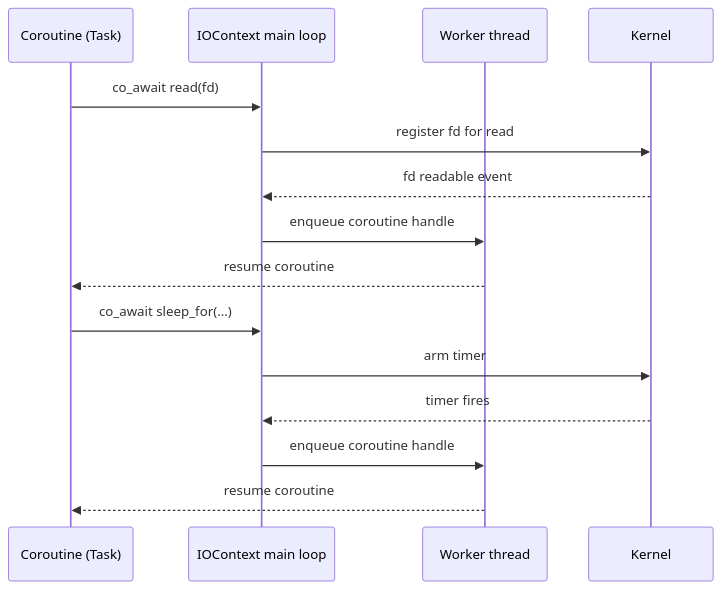
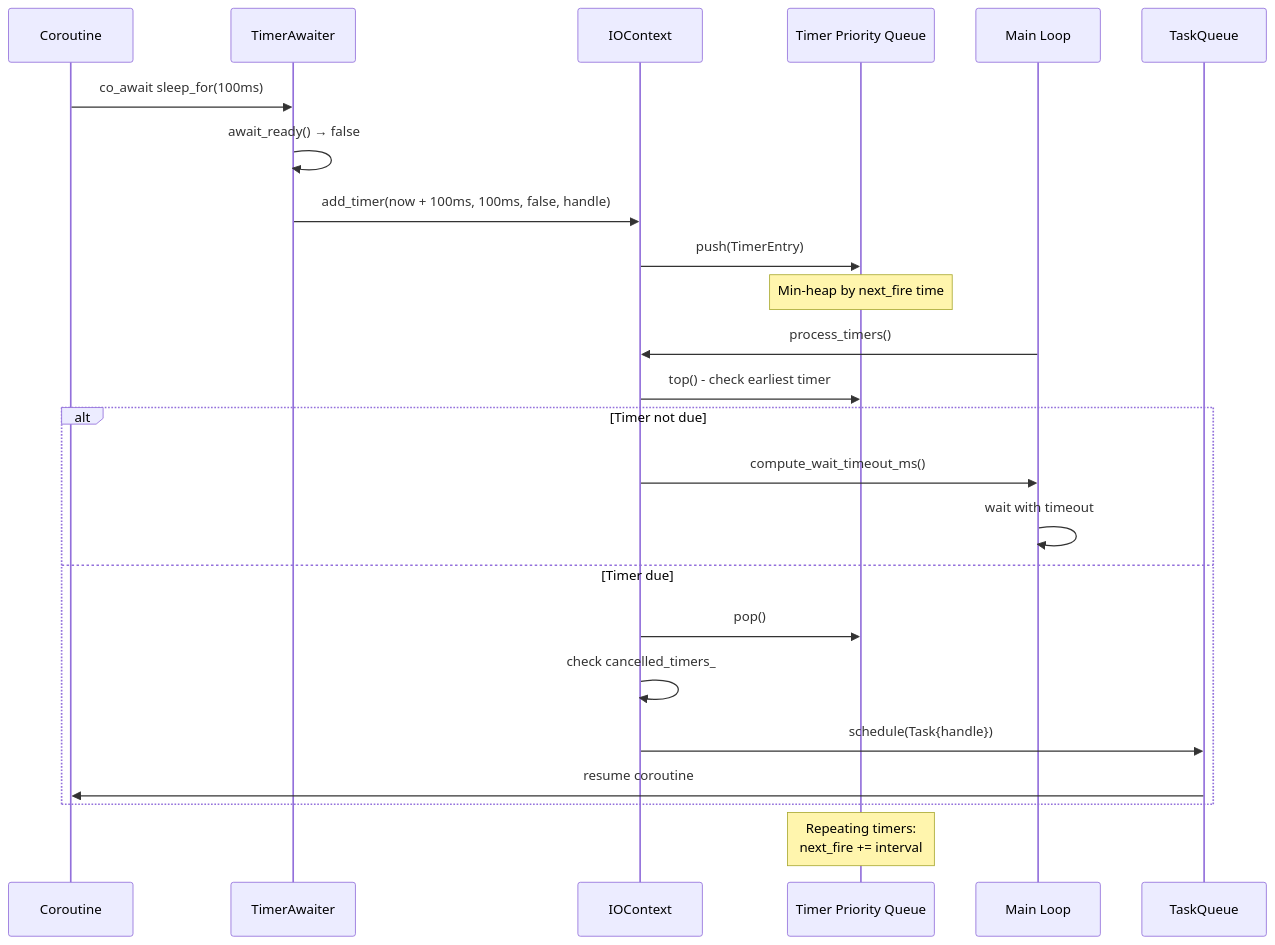
One commit to hoche/libspaznet changed the eighth of 8 diagrams in docs/concurrency-and-coroutines.md. Above: the diagram before and after it, drawn with Mermaid. The commit also changed other lines of this file, not shown here.

Commit message:
Add more detailed docs and diagrams.

````diff
--- a/docs/concurrency-and-coroutines.md
+++ b/docs/concurrency-and-coroutines.md
@@ -34,18 +331,29 @@
 ```mermaid
 sequenceDiagram
-    participant C as Coroutine (Task)
-    participant IO as IOContext main loop
-    participant W as Worker thread
-    participant OS as Kernel
-
-    C->>IO: co_await read(fd)
-    IO->>OS: register fd for read
-    OS-->>IO: fd readable event
-    IO->>W: enqueue coroutine handle
-    W-->>C: resume coroutine
-    C->>IO: co_await sleep_for(...)
-    IO->>OS: arm timer
-    OS-->>IO: timer fires
-    IO->>W: enqueue coroutine handle
-    W-->>C: resume coroutine
+    participant Coro as Coroutine
+    participant Awaiter as TimerAwaiter
+    participant IO as IOContext
+    participant Heap as Timer Priority Queue
+    participant MainLoop as Main Loop
+    participant Queue as TaskQueue
+    
+    Coro->>Awaiter: co_await sleep_for(100ms)
+    Awaiter->>Awaiter: await_ready() → false
+    Awaiter->>IO: add_timer(now + 100ms, 100ms, false, handle)
+    IO->>Heap: push(TimerEntry)
+    Note over Heap: Min-heap by next_fire time
+    
+    MainLoop->>IO: process_timers()
+    IO->>Heap: top() - check earliest timer
+    alt Timer not due
+        IO->>MainLoop: compute_wait_timeout_ms()
+        MainLoop->>MainLoop: wait with timeout
+    else Timer due
+        IO->>Heap: pop()
+        IO->>IO: check cancelled_timers_
+        IO->>Queue: schedule(Task{handle})
+        Queue->>Coro: resume coroutine
+    end
+    
+    Note over Heap: Repeating timers:<br/>next_fire += interval
 ```
````
